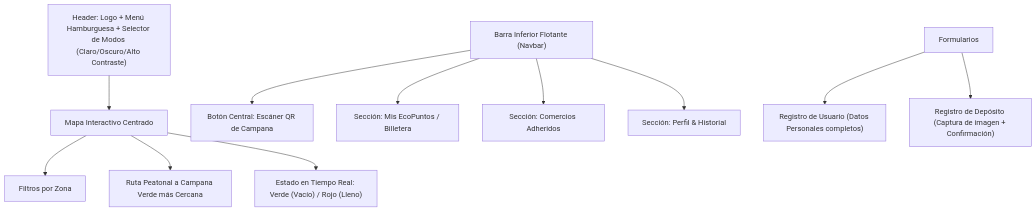
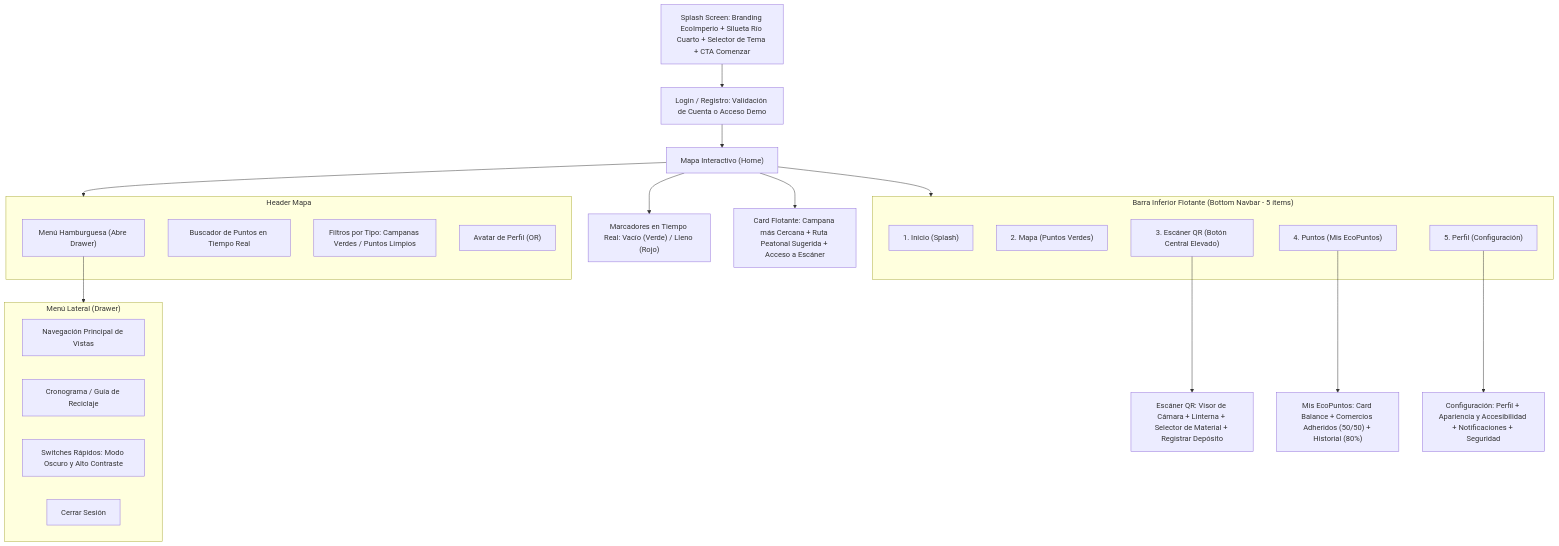
Before and after one commit to Manug0mez33/EcoImperio: the diagram in docs/contexto/arquitectura.md, drawn with Mermaid. The commit also changed other lines of this file and 6 other files, not shown here.

Commit message:
docs(contexto): align architecture specs and add EFI research document

````diff
--- a/docs/contexto/arquitectura.md
+++ b/docs/contexto/arquitectura.md
@@ -8,15 +8,38 @@
 ```mermaid
 flowchart TD
-    A["Header: Logo + Menú Hamburguesa + Selector de Modos (Claro/Oscuro/Alto Contraste)"] --> B["Mapa Interactivo Centrado"]
-    B --> B1["Filtros por Zona"]
-    B --> B2["Ruta Peatonal a Campana Verde más Cercana"]
-    B --> B3["Estado en Tiempo Real: Verde (Vacío) / Rojo (Lleno)"]
-    
-    C["Barra Inferior Flotante (Navbar)"] --> C1["Botón Central: Escáner QR de Campana"]
-    C --> C2["Sección: Mis EcoPuntos / Billetera"]
-    C --> C3["Sección: Comercios Adheridos"]
-    C --> C4["Sección: Perfil & Historial"]
+    S["Splash Screen: Branding EcoImperio + Silueta Río Cuarto + Selector de Tema + CTA Comenzar"] --> L["Login / Registro: Validación de Cuenta o Acceso Demo"]
+    L --> M["Mapa Interactivo (Home)"]
 
-    D["Formularios"] --> D1["Registro de Usuario (Datos Personales completos)"]
-    D --> D2["Registro de Depósito (Captura de imagen + Confirmación)"]
+    subgraph HeaderMapa["Header Mapa"]
+        H1["Menú Hamburguesa (Abre Drawer)"]
+        H2["Buscador de Puntos en Tiempo Real"]
+        H3["Filtros por Tipo: Campanas Verdes / Puntos Limpios"]
+        H4["Avatar de Perfil (OR)"]
+    end
+
+    M --> HeaderMapa
+    M --> M1["Marcadores en Tiempo Real: Vacío (Verde) / Lleno (Rojo)"]
+    M --> M2["Card Flotante: Campana más Cercana + Ruta Peatonal Sugerida + Acceso a Escáner"]
+
+    subgraph BottomNavbar["Barra Inferior Flotante (Bottom Navbar - 5 ítems)"]
+        N1["1. Inicio (Splash)"]
+        N2["2. Mapa (Puntos Verdes)"]
+        N3["3. Escáner QR (Botón Central Elevado)"]
+        N4["4. Puntos (Mis EcoPuntos)"]
+        N5["5. Perfil (Configuración)"]
+    end
+
+    M --> BottomNavbar
+    N3 --> E["Escáner QR: Visor de Cámara + Linterna + Selector de Material + Registrar Depósito"]
+    N4 --> P["Mis EcoPuntos: Card Balance + Comercios Adheridos (50/50) + Historial (80%)"]
+    N5 --> C["Configuración: Perfil + Apariencia y Accesibilidad + Notificaciones + Seguridad"]
+
+    subgraph Drawer["Menú Lateral (Drawer)"]
+        D1["Navegación Principal de Vistas"]
+        D2["Cronograma / Guía de Reciclaje"]
+        D3["Switches Rápidos: Modo Oscuro y Alto Contraste"]
+        D4["Cerrar Sesión"]
+    end
+
+    H1 --> Drawer
 ```
````
